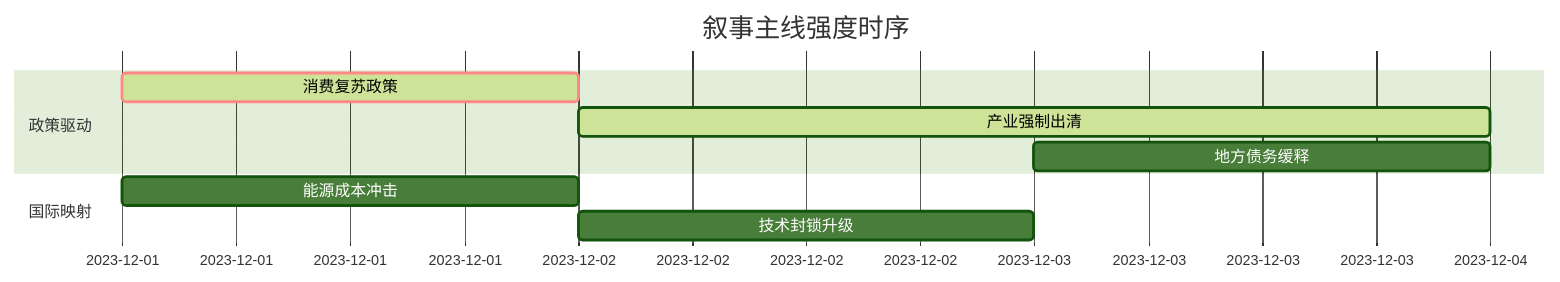
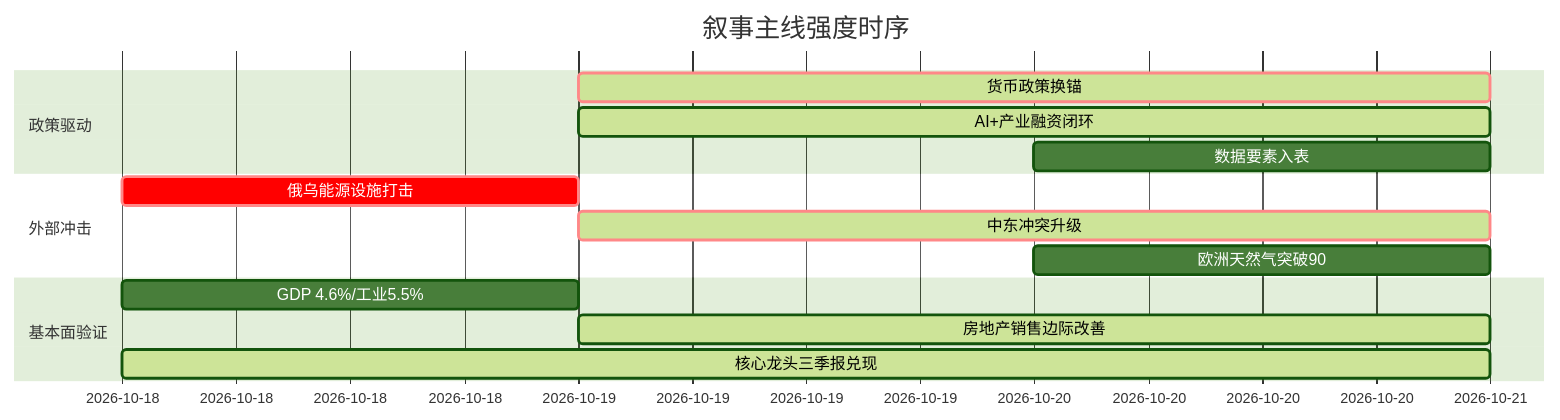
The diagram in 5day_report.md (uu5zn/uu5zn.github.io), drawn with Mermaid (forest theme) before and after one commit. The commit also changed other lines of this file and 23 other files, not shown here.

````diff
--- a/5day_report.md
+++ b/5day_report.md
@@ -48,13 +56,19 @@
 ```mermaid
 gantt
     title 叙事主线强度时序
     dateFormat  YYYY-MM-DD
     section 政策驱动
-    消费复苏政策   :crit, active, 2023-12-01, 1d
-    产业强制出清   :active, 2023-12-02, 2d
-    地方债务缓释   :2023-12-03, 1d
+    货币政策换锚      :crit, active, 2026-10-19, 2d
+    AI+产业融资闭环   :active, 2026-10-19, 2d
+    数据要素入表      :2026-10-20, 1d
     
-    section 国际映射
-    能源成本冲击   :2023-12-01, 1d
-    技术封锁升级   :2023-12-02, 1d
+    section 外部冲击
+    俄乌能源设施打击  :crit, 2026-10-18, 1d
+    中东冲突升级      :crit, active, 2026-10-19, 2d
+    欧洲天然气突破90  :2026-10-20, 1d
+    
+    section 基本面验证
+    GDP 4.6%/工业5.5% :2026-10-18, 1d
+    房地产销售边际改善:active, 2026-10-19, 2d
+    核心龙头三季报兑现:active, 2026-10-18, 3d
 ```
````
